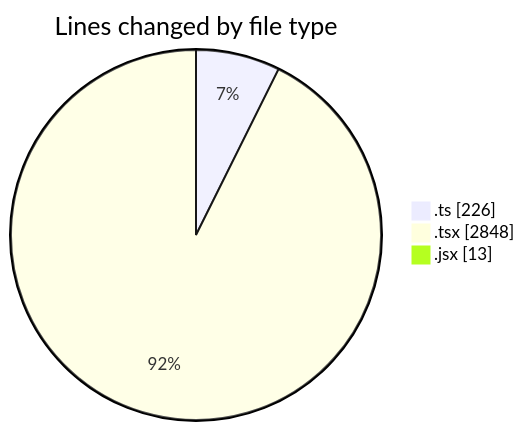
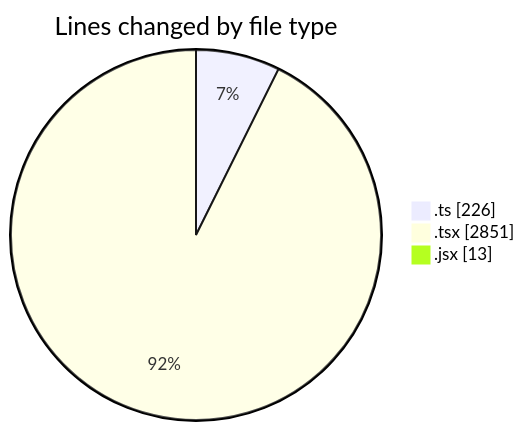
The first of 2 diagrams in 2025-12-02/cda/README.md (momahboobian/code-tracking), drawn with Mermaid before and after one commit. The commit also changed other lines of this file and 1 other file, not shown here.

````diff
--- a/2025-12-02/cda/README.md
+++ b/2025-12-02/cda/README.md
@@ -30,7 +30,7 @@
 ```mermaid
 pie showData
 title Lines changed by file type
 ".ts" : 226
-".tsx" : 2848
+".tsx" : 2851
 ".jsx" : 13
 ```
````
